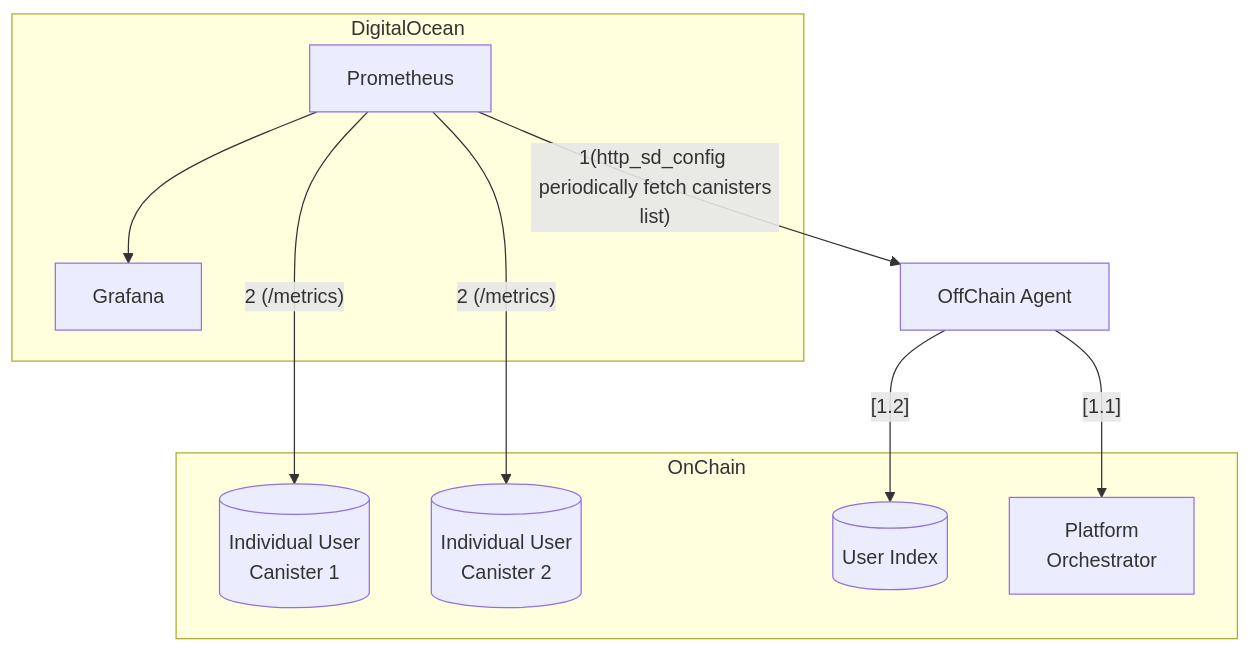
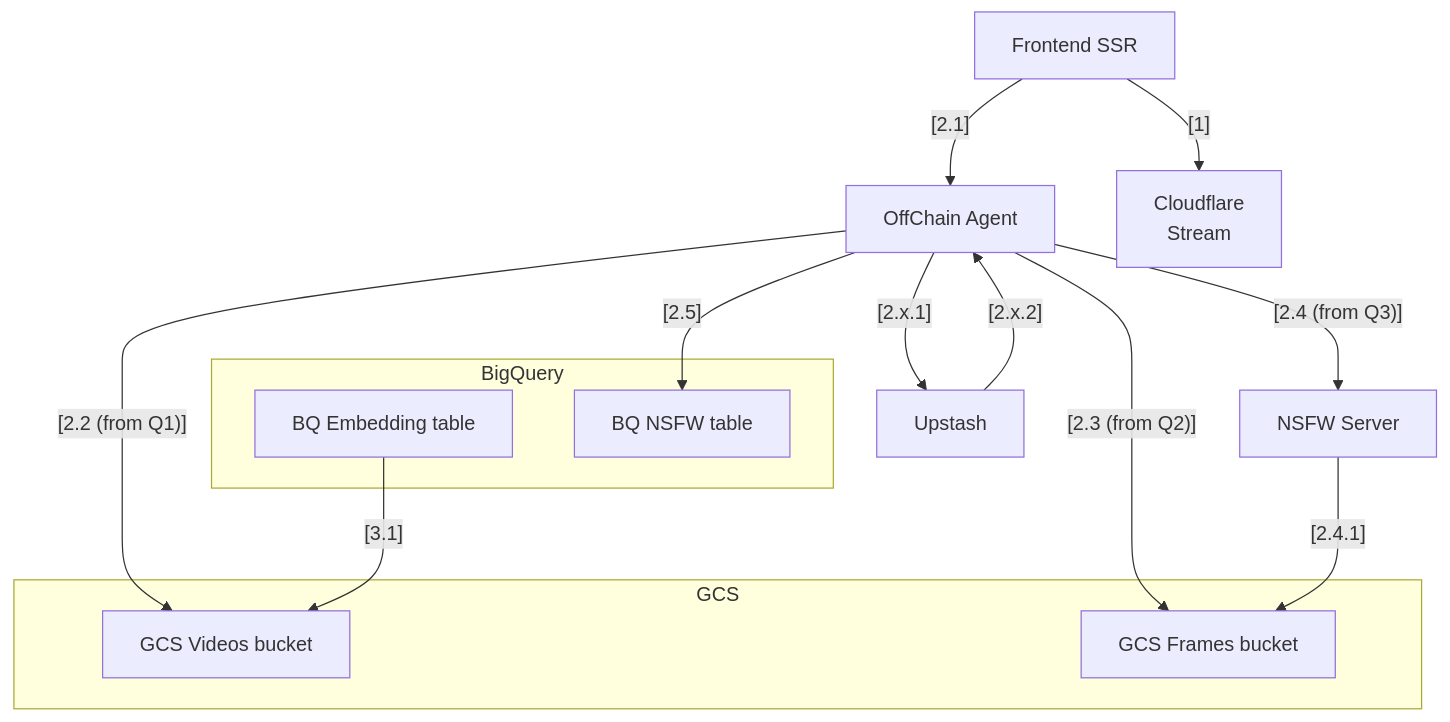
The second of 2 diagrams in README.md (yral-dapp/off-chain-agent), drawn with Mermaid before and after one commit. The commit also changed other lines of this file and 2 other files, not shown here.

Commit message:
global feed populate

````diff
--- a/README.md
+++ b/README.md
@@ -44,28 +44,34 @@
 ```mermaid
 flowchart TD
-    IndividualCansiter1[(Individual User <br>Canister 1)]
-    IndividualCansiter2[(Individual User <br>Canister 2)]
-    UserIndex[(User Index)]
-    PlatformOrchestrator[Platform <br>Orchestrator]
     OffChainAgent[OffChain Agent]
-    Prom[Prometheus]
-    Grafana[Grafana]
+    Frontend[Frontend SSR]
+    CFStream[Cloudflare<br> Stream]
+    GCSVideos[GCS Videos bucket]
+    GCSFrames[GCS Frames bucket]
+    NSFWServer[NSFW Server]
+    BQEmbedding[BQ Embedding table]
+    BQNSFW[BQ NSFW table]
+    Upstash[Upstash]
 
-    OffChainAgent --[1.1]--> PlatformOrchestrator
-    OffChainAgent --[1.2]--> UserIndex
+    Frontend --[1]--> CFStream
+    Frontend --[2.1]--> OffChainAgent
+    OffChainAgent --[2.x.1]--> Upstash
+    Upstash --[2.x.2]--> OffChainAgent
+    OffChainAgent --[2.2 (from Q1)]--> GCSVideos
+    OffChainAgent --[2.3 (from Q2)]--> GCSFrames
+    OffChainAgent --[2.4 (from Q3)]--> NSFWServer
+    BQEmbedding --[3.1]--> GCSVideos
+    NSFWServer --[2.4.1]--> GCSFrames
+    OffChainAgent --[2.5]--> BQNSFW
 
-    Prom -- 1(http_sd_config <br> periodically fetch canisters list) --> OffChainAgent
-    Prom -- 2 (/metrics) --> IndividualCansiter1
-    Prom -- 2 (/metrics) --> IndividualCansiter2
-
-    subgraph OnChain
-        PlatformOrchestrator
-        UserIndex
-        IndividualCansiter1
-        IndividualCansiter2
+    subgraph GCS
+        GCSVideos
+        GCSFrames
     end
 
-    subgraph GoogleCloud[DigitalOcean]
-        Prom --> Grafana
+    subgraph BigQuery
+        BQEmbedding
+        BQNSFW
     end
+
 ```
````
